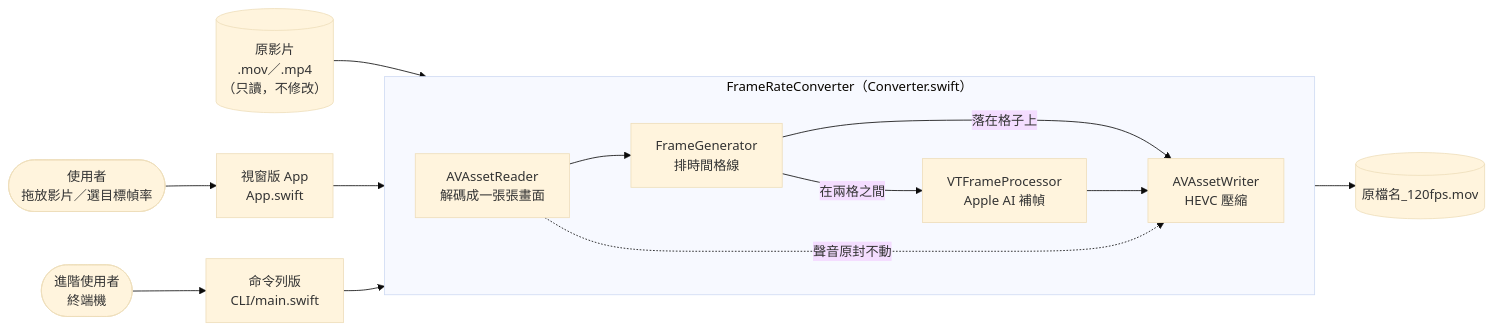
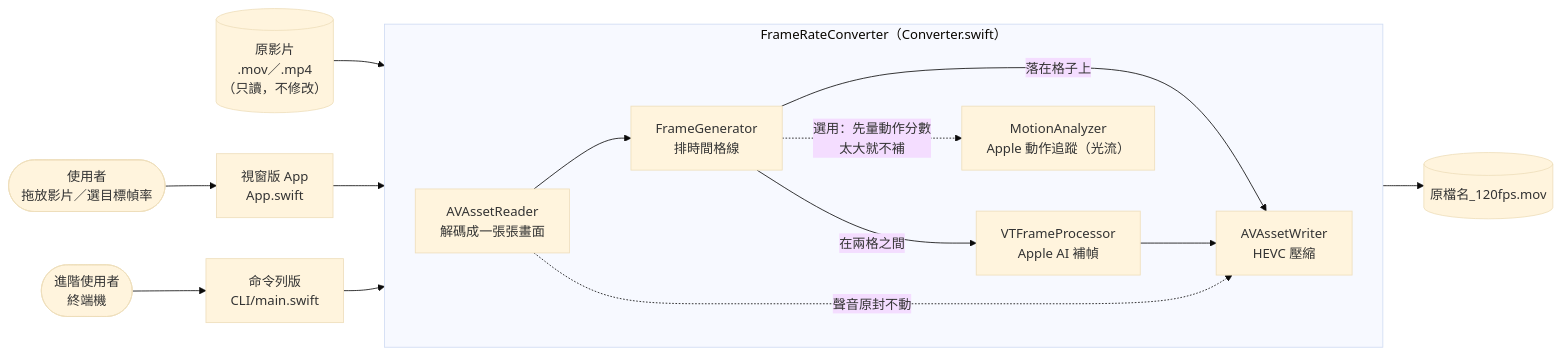
One commit to WebberningMoney/frame-booster changed the first of 6 diagrams in docs/ARCHITECTURE.md. Above: the diagram before and after it, drawn with Mermaid (base theme). The commit also changed other lines of this file and 13 other files, not shown here.

````diff
--- a/docs/ARCHITECTURE.md
+++ b/docs/ARCHITECTURE.md
@@ -26,17 +26,18 @@
 ```mermaid
 flowchart LR
     U(["使用者<br/>拖放影片／選目標幀率"]) --> UI["視窗版 App<br/>App.swift"]
     U2(["進階使用者<br/>終端機"]) --> CLI["命令列版<br/>CLI/main.swift"]
     UI --> C
     CLI --> C
     subgraph C["FrameRateConverter（Converter.swift）"]
         direction LR
         R["AVAssetReader<br/>解碼成一張張畫面"] --> G["FrameGenerator<br/>排時間格線"]
         G -- "落在格子上" --> W
         G -- "在兩格之間" --> AI["VTFrameProcessor<br/>Apple AI 補幀"]
+        G -. "選用：先量動作分數<br/>太大就不補" .-> M["MotionAnalyzer<br/>Apple 動作追蹤（光流）"]
         AI --> W["AVAssetWriter<br/>HEVC 壓縮"]
         R -. "聲音原封不動" .-> W
     end
     IN[("原影片<br/>.mov／.mp4<br/>（只讀，不修改）")] --> R
     W --> OUT[("原檔名_120fps.mov")]
 ```
````
